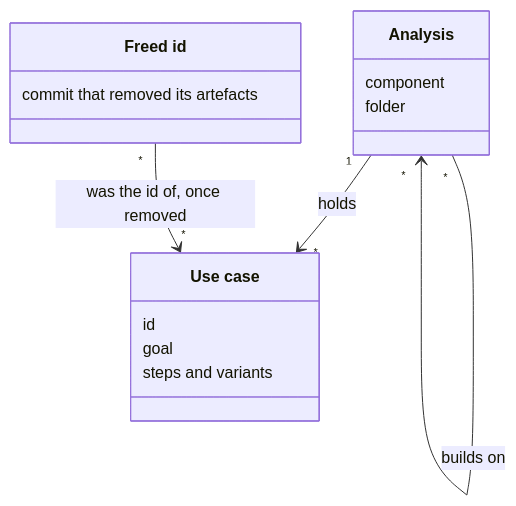
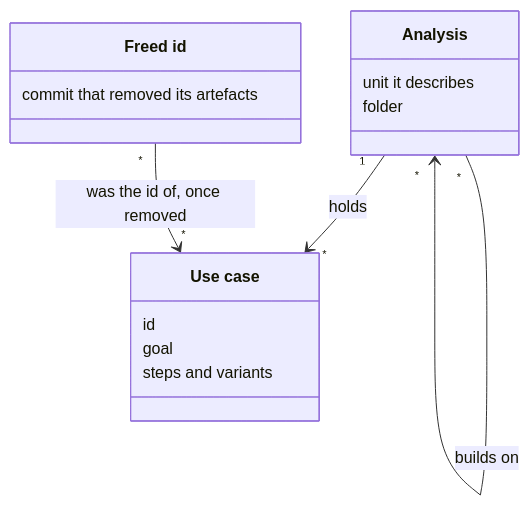
One commit to aleskalfas/project-kit changed the first of 2 diagrams in tech-docs/analysis/software-analysis/domain-model/010-analyses-and-use-cases.md. Above: the diagram before and after it, drawn with Mermaid. The commit also changed other lines of this file and 19 other files, not shown here.

First line of the commit message:
docs: three capability analyses leave no break of the software-analysis rules

````diff
--- a/tech-docs/analysis/software-analysis/domain-model/010-analyses-and-use-cases.md
+++ b/tech-docs/analysis/software-analysis/domain-model/010-analyses-and-use-cases.md
@@ -28,17 +28,17 @@
 ```mermaid
 classDiagram
   accTitle: Analyses, use cases and their ids
-  accDescr: An analysis describes one component, builds on the analyses of the components it depends on, and holds its use cases. A freed id was the id of removed use cases, journeys or requirements, and names the commit that removed them.
+  accDescr: An analysis describes one unit of a project's software, builds on the analyses of the units that unit depends on, and holds its use cases. A freed id was the id of removed use cases, journeys or requirements, and names the commit that removed them.
   class Analysis
-  Analysis : component
+  Analysis : unit it describes
   Analysis : folder
   class UseCase["Use case"]
   UseCase : id
   UseCase : goal
   UseCase : steps and variants
   class FreedId["Freed id"]
   FreedId : commit that removed its artefacts
   Analysis "*" --> "*" Analysis : builds on
   Analysis "1" --> "*" UseCase : holds
   FreedId "*" --> "*" UseCase : was the id of, once removed
 ```
````
